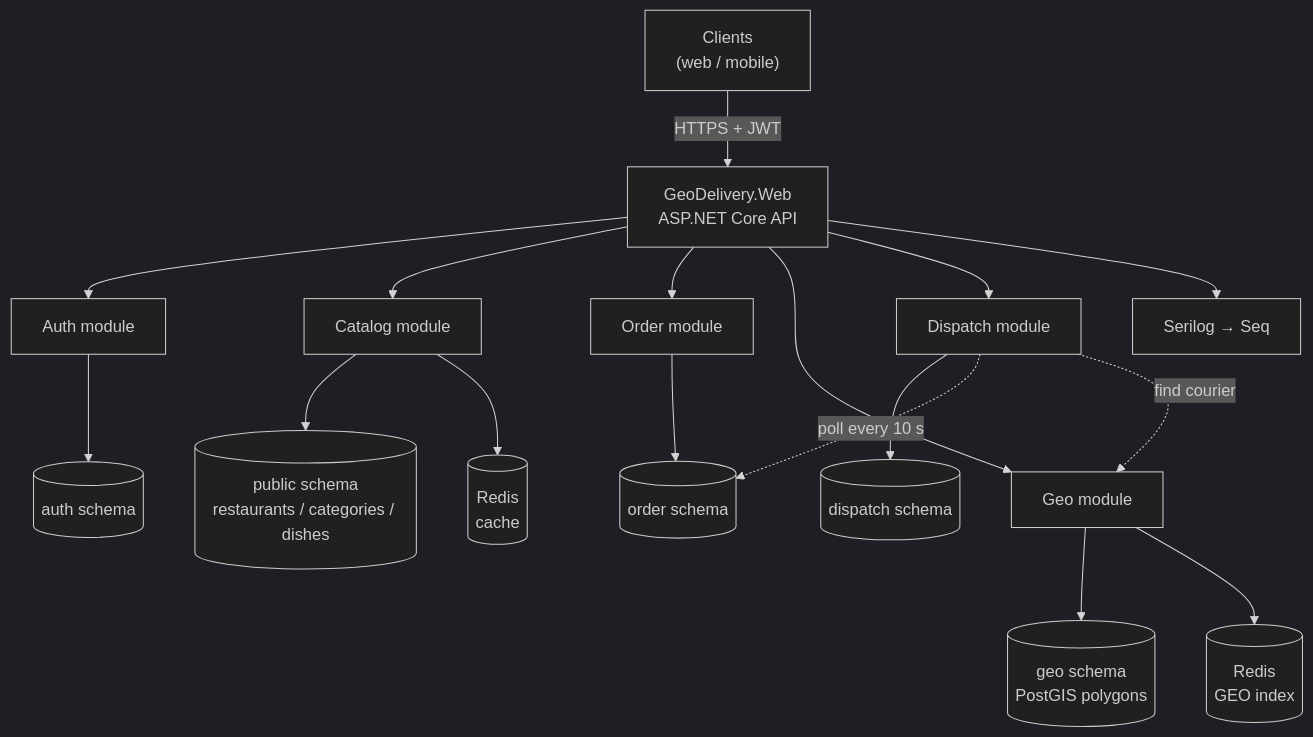
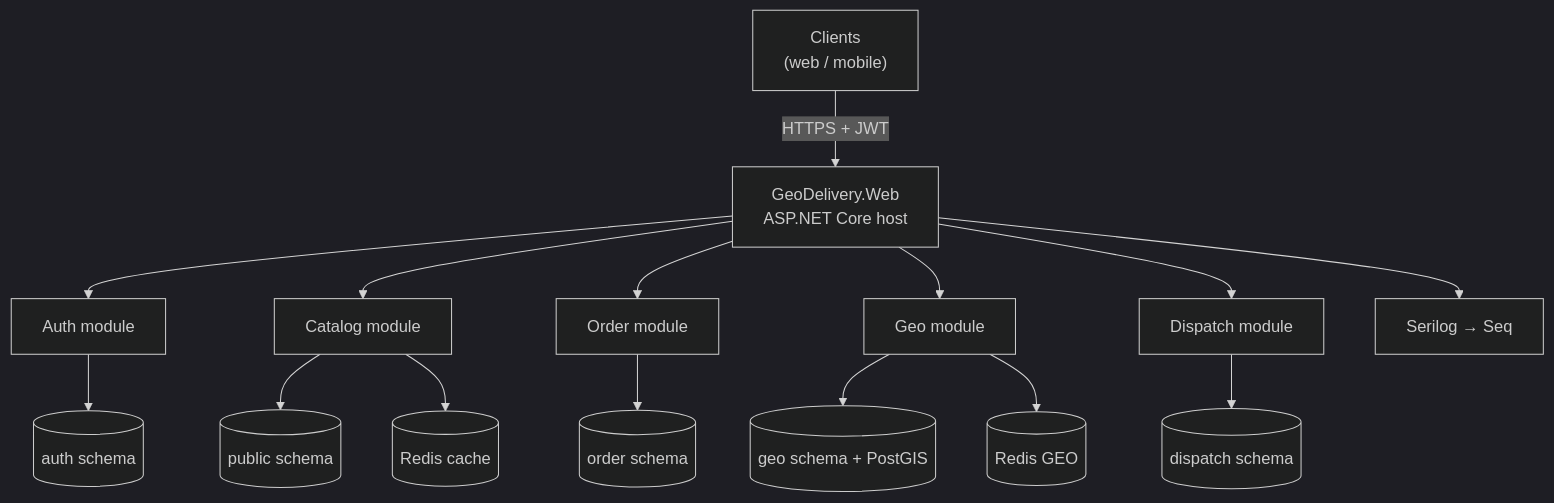
Before and after one commit to ToshmatovDeveloper/GeoDelivery: the fourth of 4 diagrams in README.md, drawn with Mermaid (dark theme). The commit also changed other lines of this file, not shown here.

````diff
--- a/README.md
+++ b/README.md
@@ -95,23 +177,20 @@
 ```mermaid
 flowchart TB
-    Client["Clients<br/>(web / mobile)"] -->|"HTTPS + JWT"| API["GeoDelivery.Web<br/>ASP.NET Core API"]
+    Client["Clients<br/>(web / mobile)"] -->|"HTTPS + JWT"| API["GeoDelivery.Web<br/>ASP.NET Core host"]
 
     API --> Auth["Auth module"]
     API --> Catalog["Catalog module"]
     API --> Order["Order module"]
     API --> Geo["Geo module"]
     API --> Dispatch["Dispatch module"]
 
     Auth --> AuthDb[("auth schema")]
-    Catalog --> CatalogDb[("public schema<br/>restaurants / categories / dishes")]
+    Catalog --> CatalogDb[("public schema")]
     Order --> OrderDb[("order schema")]
-    Geo --> GeoDb[("geo schema<br/>PostGIS polygons")]
+    Geo --> GeoDb[("geo schema + PostGIS")]
     Dispatch --> DispatchDb[("dispatch schema")]
 
-    Catalog --> RedisCache[("Redis<br/>cache")]
-    Geo --> RedisGeo[("Redis<br/>GEO index")]
-
+    Catalog --> RedisCache[("Redis cache")]
+    Geo --> RedisGeo[("Redis GEO")]
     API --> Seq["Serilog → Seq"]
-    Dispatch -.->|"poll every 10 s"| OrderDb
-    Dispatch -.->|"find courier"| Geo
 ```
````
